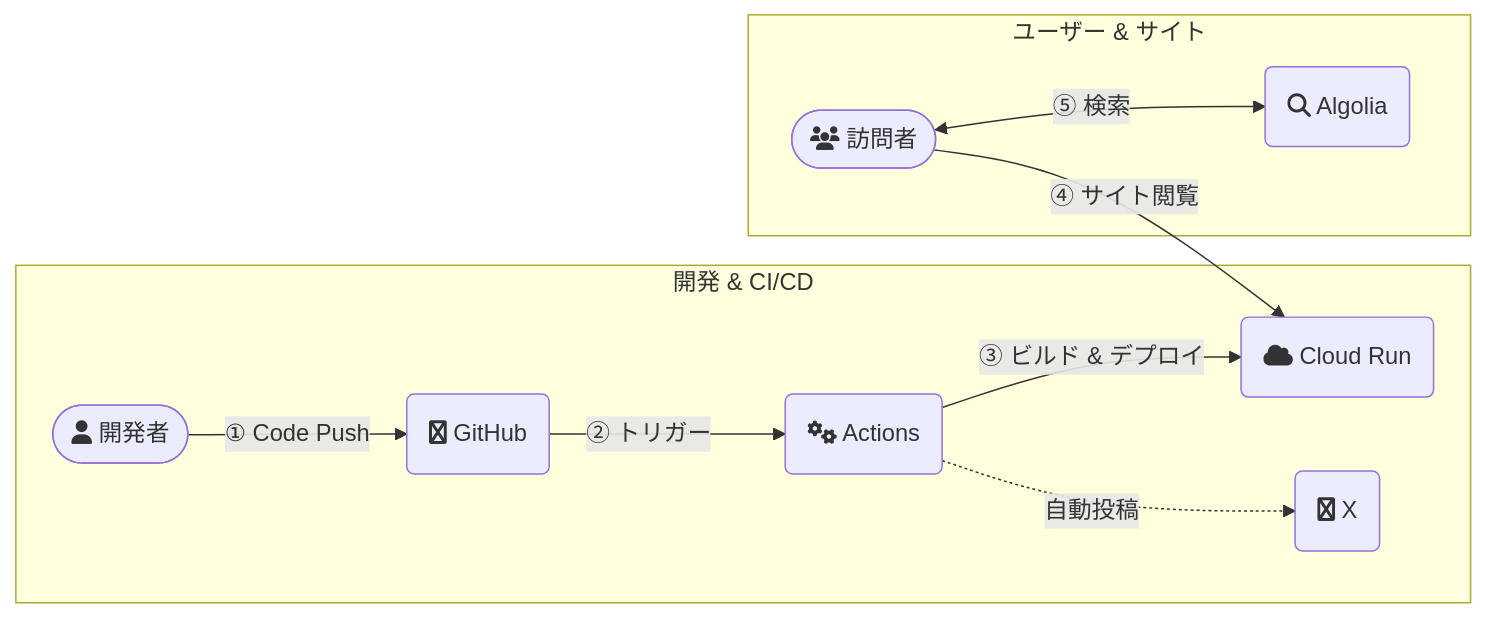
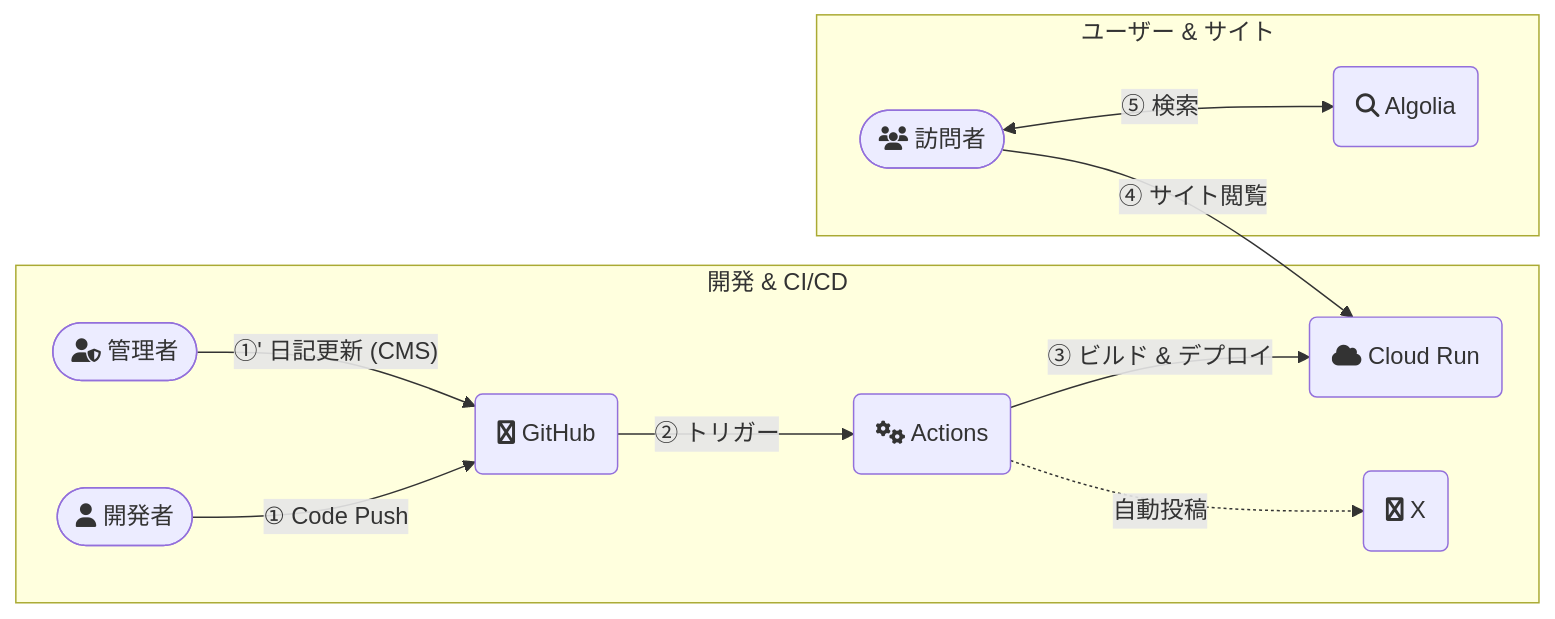
One commit to hiroaki-com/hkdocs changed the diagram in README.md. Above: the diagram before and after it, drawn with Mermaid. The commit also changed other lines of this file and 1 other file, not shown here.

Commit message:
docs(readme): update READMEs to reflect diary CMS integration

````diff
--- a/README.md
+++ b/README.md
@@ -44,14 +46,15 @@
 ```mermaid
 graph LR
     subgraph "開発 & CI/CD"
         Developer([fa:fa-user 開発者]) -- "① Code Push" --> GitHub(fa:fa-github GitHub)
+        Admin([fa:fa-user-shield 管理者]) -- "①' 日記更新 (CMS)" --> GitHub
         GitHub -- "② トリガー" --> Actions(fa:fa-cogs Actions)
         Actions -- "③ ビルド & デプロイ" --> CR(fa:fa-cloud Cloud Run)
         Actions -.-> |自動投稿| X(fa:fa-twitter X)
     end
 
     subgraph "ユーザー & サイト"
         Visitor([fa:fa-users 訪問者]) -- "④ サイト閲覧" --> CR
         Visitor -- "⑤ 検索" <--> Algolia(fa:fa-search Algolia)
     end
 ```
````
